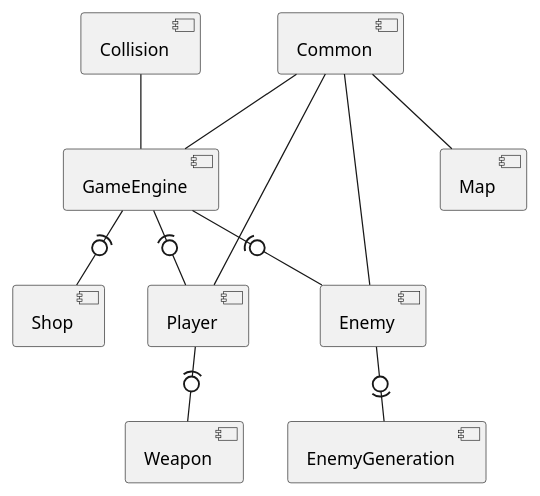
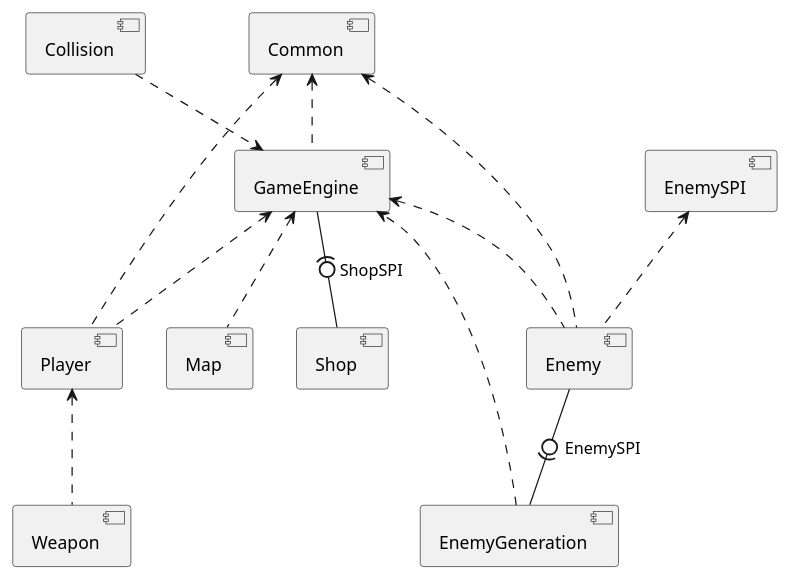
One commit to joachimhviid/BoatToEngland changed the diagram in wiki/ComponentDiagram.puml. Above: the diagram before and after it, drawn with PlantUML. The commit also changed 4 other files, not shown here.

Commit message:
Final diagram

```diff
--- a/wiki/ComponentDiagram.puml
+++ b/wiki/ComponentDiagram.puml
@@ -1,28 +1,31 @@
 @startuml
 'https://plantuml.com/component-diagram
 
 [Player]
 [Enemy]
 [EnemyGeneration]
 [GameEngine]
 [Map]
 [Collision]
 [Weapon]
 [Shop]
 [Common]
+[EnemySPI]
 
 
-[Collision] -- [GameEngine]
-[Player] -(0- [Weapon]
-[Common] -- [Player]
-[Common] -- [Enemy]
-[Common] -- [Map]
-[GameEngine] -(0- [Shop]
-[Common] -- [GameEngine]
-[Enemy] -0)- [EnemyGeneration]
-[GameEngine] -(0- [Enemy]
-[GameEngine] -(0- [Player]
+[Collision] ..> [GameEngine]
+[Player] <.. [Weapon]
+[Common] <.. [Enemy]
+[Common] <.. [Player]
+[GameEngine] <.. [Map]
+[GameEngine] -(0- [Shop] : "ShopSPI"
+[Common] <.. [GameEngine]
+[Enemy] -0)- [EnemyGeneration] : "EnemySPI"
+[EnemySPI] <.. [Enemy]
+[GameEngine] <.. [Enemy]
+[GameEngine] <.. [Player]
+[EnemyGeneration] ..> [GameEngine] : ""
 /'note bottom of [EnemyGeneration]: Which one eats which
 note right of [Common]: Are the lolipop notaions pointing the right way? \n
 '/
 @enduml
```
